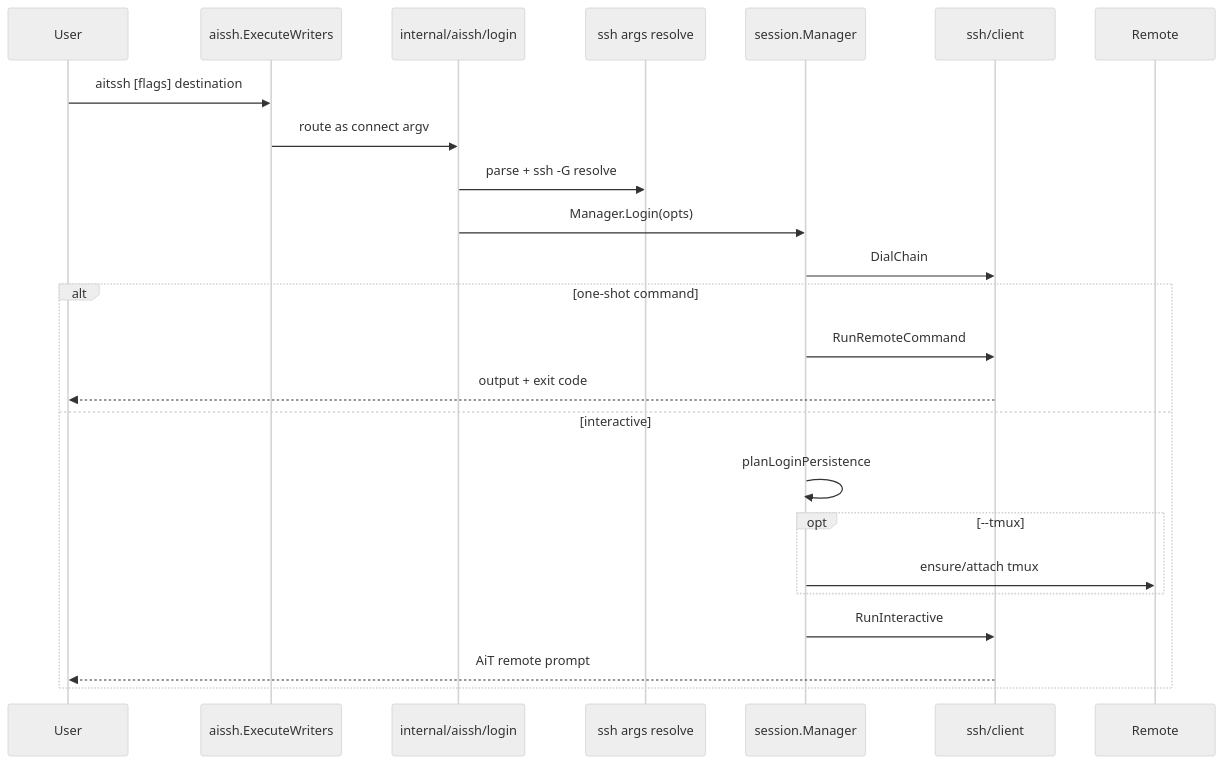
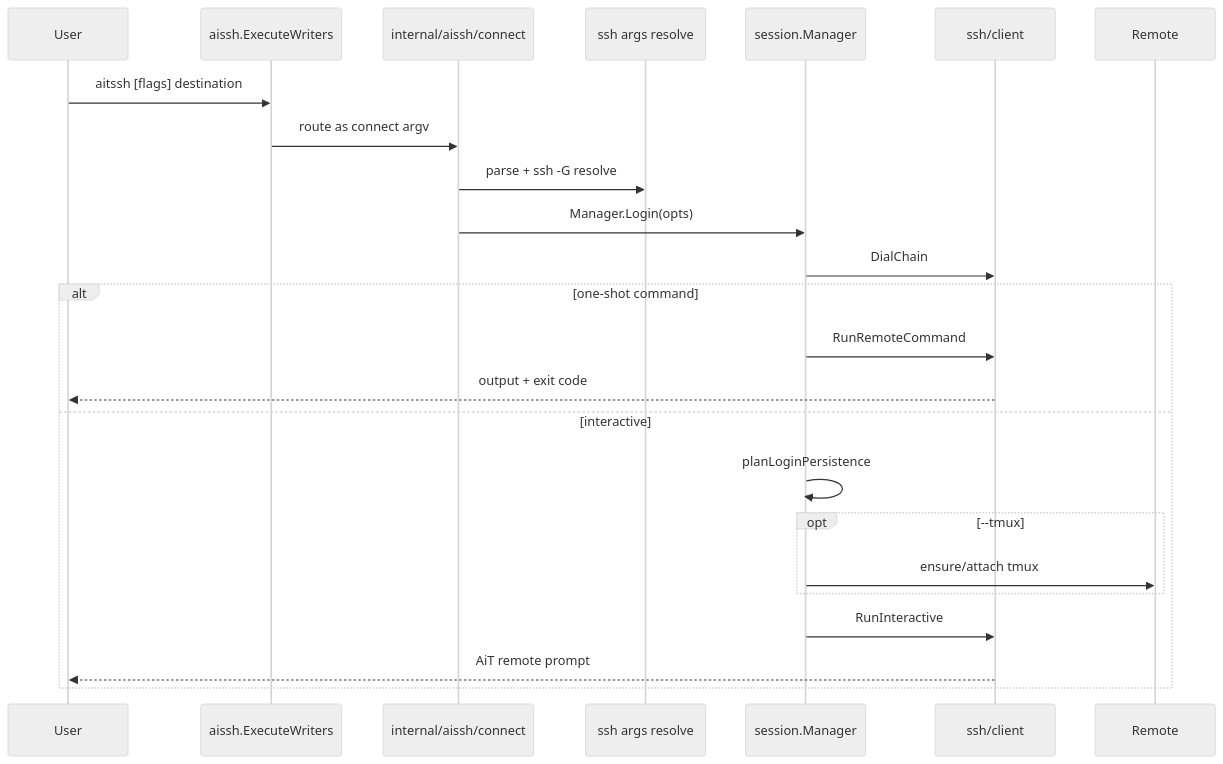
One commit to os-artificer/AiT changed the second of 12 diagrams in docs/tools/aitssh-internals.md. Above: the diagram before and after it, drawn with Mermaid (neutral theme). The commit also changed other lines of this file and 29 other files, not shown here.

First line of the commit message:
refactor(aitssh): drop login subcommand remnants; rename route package to connect

````diff
--- a/docs/tools/aitssh-internals.md
+++ b/docs/tools/aitssh-internals.md
@@ -293,27 +293,27 @@
 ```mermaid
 sequenceDiagram
   participant User
   participant CLI as aissh.ExecuteWriters
-  participant Login as internal/aissh/login
+  participant Connect as internal/aissh/connect
   participant Resolve as ssh args resolve
   participant Mgr as session.Manager
   participant Client as ssh/client
   participant Remote
 
   User->>CLI: aitssh [flags] destination
-  CLI->>Login: route as connect argv
-  Login->>Resolve: parse + ssh -G resolve
-  Login->>Mgr: Manager.Login(opts)
+  CLI->>Connect: route as connect argv
+  Connect->>Resolve: parse + ssh -G resolve
+  Connect->>Mgr: Manager.Login(opts)
   Mgr->>Client: DialChain
   alt one-shot command
     Mgr->>Client: RunRemoteCommand
     Client-->>User: output + exit code
   else interactive
     Mgr->>Mgr: planLoginPersistence
     opt --tmux
       Mgr->>Remote: ensure/attach tmux
     end
     Mgr->>Client: RunInteractive
     Client-->>User: AiT remote prompt
   end
 ```
````
